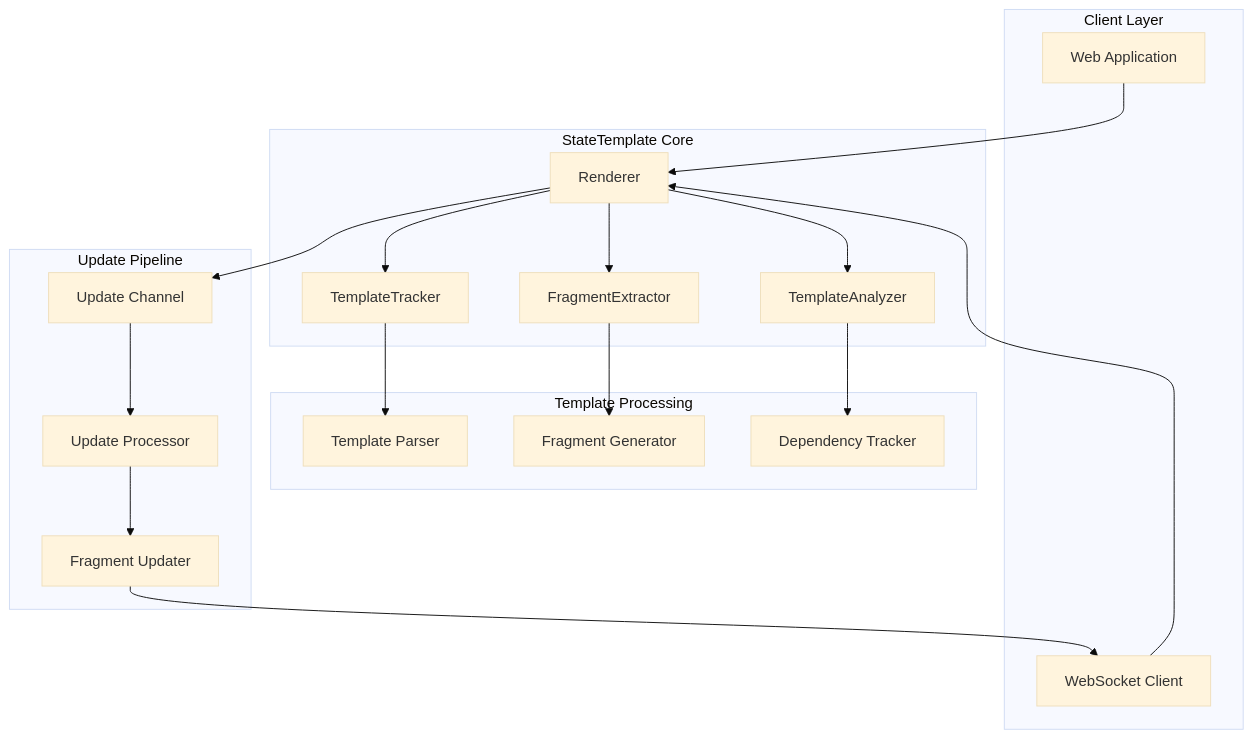
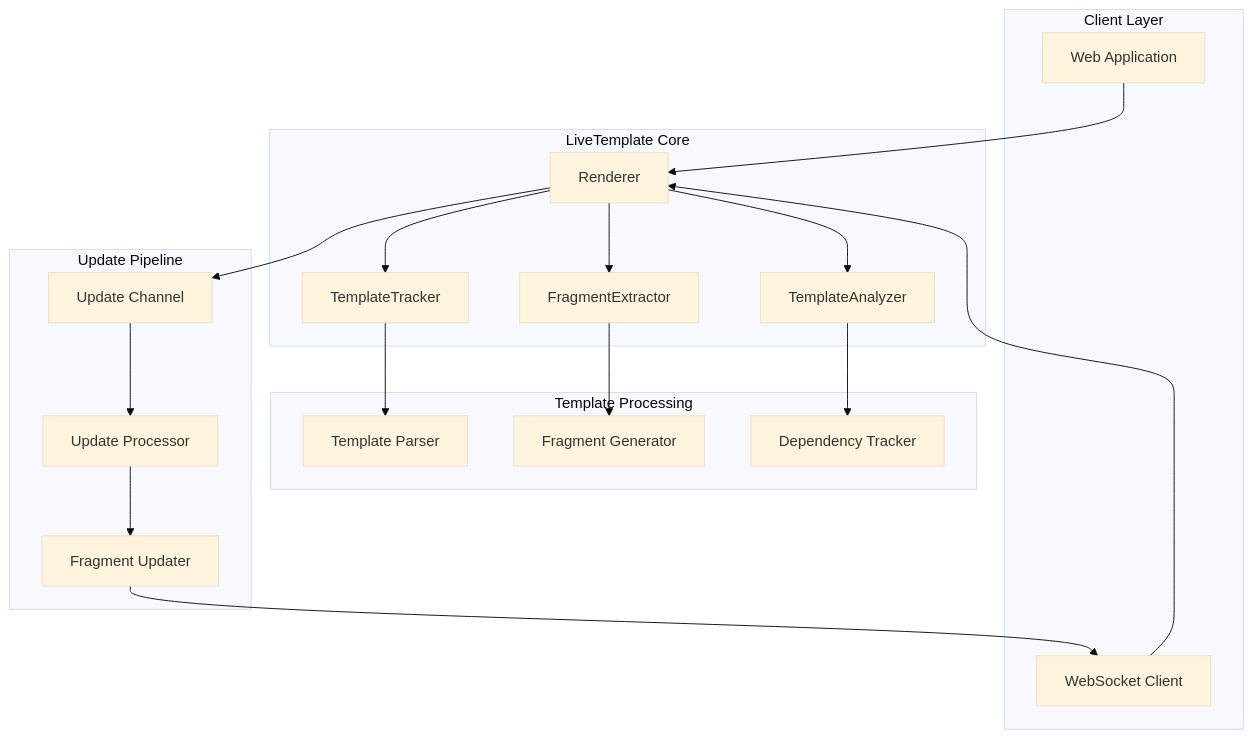
One commit to livetemplate/livetemplate changed the first of 6 diagrams in docs/ARCHITECTURE.md. Above: the diagram before and after it, drawn with Mermaid (base theme). The commit also changed other lines of this file and 66 other files, not shown here.

````diff
--- a/docs/ARCHITECTURE.md
+++ b/docs/ARCHITECTURE.md
@@ -11,39 +11,39 @@
 ```mermaid
 graph TB
     subgraph "Client Layer"
         WEB[Web Application]
         WS[WebSocket Client]
     end
 
-    subgraph "StateTemplate Core"
+    subgraph "LiveTemplate Core"
         RT[Renderer]
         TT[TemplateTracker]
         FE[FragmentExtractor]
         TA[TemplateAnalyzer]
     end
 
     subgraph "Template Processing"
         TP[Template Parser]
         FG[Fragment Generator]
         DT[Dependency Tracker]
     end
 
     subgraph "Update Pipeline"
         UC[Update Channel]
         UP[Update Processor]
         FU[Fragment Updater]
     end
 
     WEB --> RT
     WS --> RT
     RT --> TT
     RT --> FE
     RT --> TA
     TT --> TP
     FE --> FG
     TA --> DT
     RT --> UC
     UC --> UP
     UP --> FU
     FU --> WS
 ```
````
